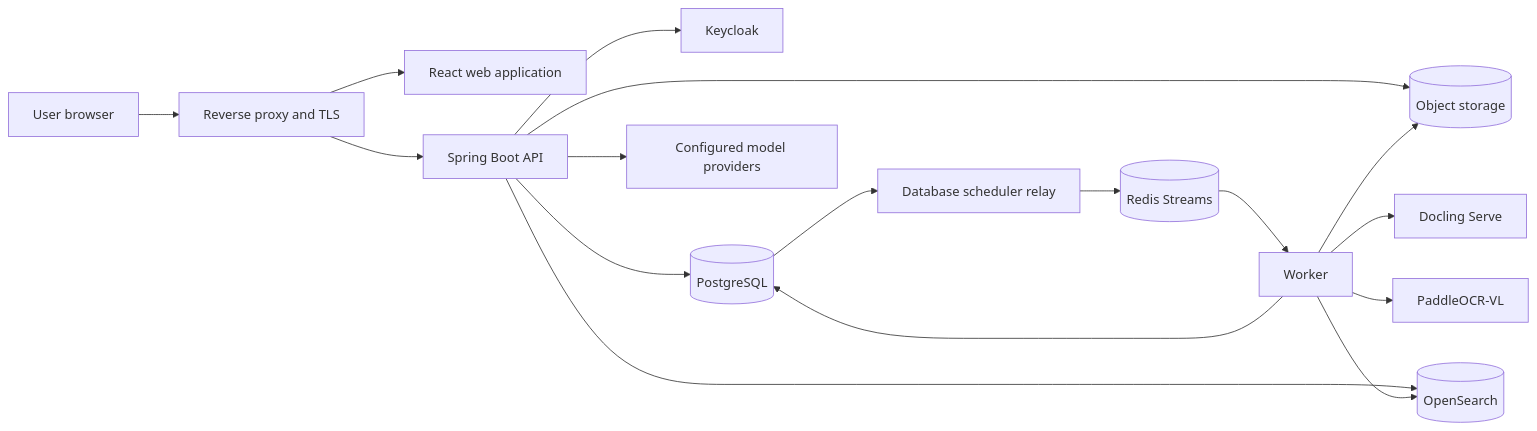
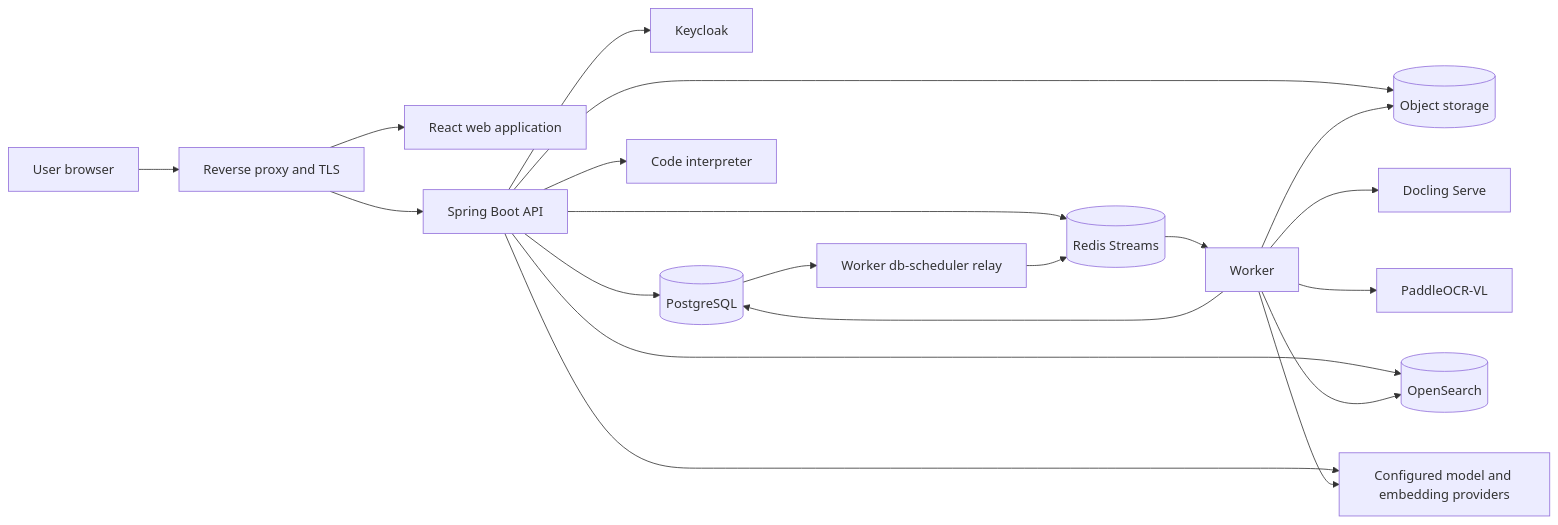
Before and after one commit to kl3inIT/MemoryOS: the first of 6 diagrams in ARCHITECTURE.md, drawn with Mermaid. The commit also changed other lines of this file and 4 other files, not shown here.

First line of the commit message:
docs: sync ARCHITECTURE, README and runbooks with the current code

````diff
--- a/ARCHITECTURE.md
+++ b/ARCHITECTURE.md
@@ -9,21 +9,24 @@
 ```mermaid
 flowchart LR
     U[User browser] --> RP[Reverse proxy and TLS]
     RP --> WEB[React web application]
     RP --> API[Spring Boot API]
 
     API --> KC[Keycloak]
     API --> PG[(PostgreSQL)]
     API --> S3[(Object storage)]
     API --> OS[(OpenSearch)]
-    API --> LLM[Configured model providers]
+    API --> LLM[Configured model and embedding providers]
+    API --> RS[(Redis Streams)]
+    API --> INTERP[Code interpreter]
 
-    PG --> RELAY[Database scheduler relay]
-    RELAY --> RS[(Redis Streams)]
+    PG --> RELAY[Worker db-scheduler relay]
+    RELAY --> RS
     RS --> WORKER[Worker]
     WORKER --> PG
     WORKER --> S3
     WORKER --> DOC[Docling Serve]
     WORKER --> PVL[PaddleOCR-VL]
     WORKER --> OS
+    WORKER --> LLM
 ```
````
